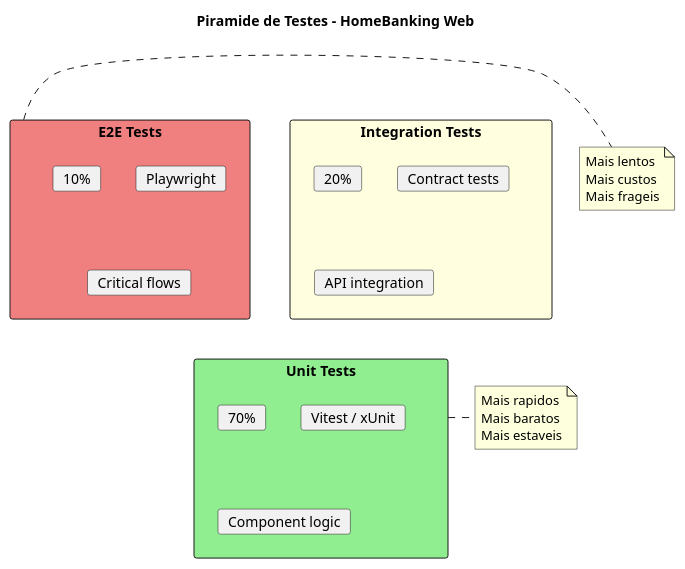
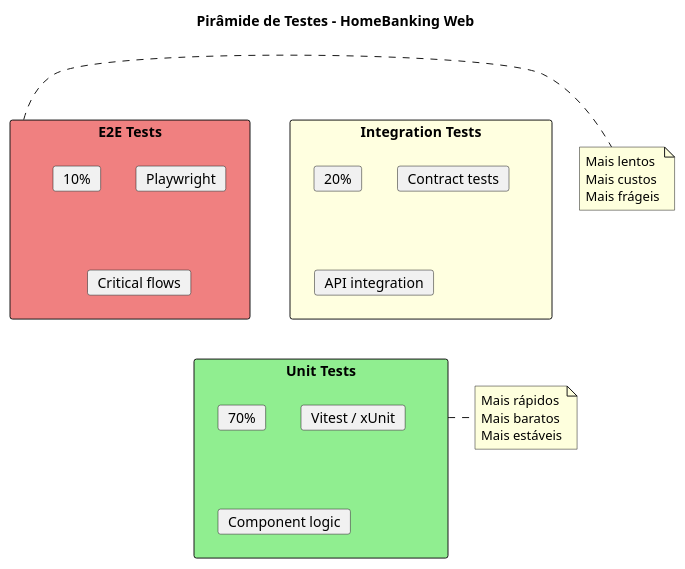
One commit to beduardo/novobanco_website_doc changed the first of 2 diagrams in current/sections/SEC-13-estrategia-testes.md. Above: the diagram before and after it, drawn with PlantUML. The commit also changed other lines of this file and 182 other files, not shown here.

````diff
--- a/current/sections/SEC-13-estrategia-testes.md
+++ b/current/sections/SEC-13-estrategia-testes.md
@@ -33,41 +33,41 @@
 ```plantuml
 @startuml
 skinparam backgroundColor white
 
-title Piramide de Testes - HomeBanking Web
+title Pirâmide de Testes - HomeBanking Web
 
 rectangle "E2E Tests" as e2e #lightcoral {
     card "10%"
     card "Playwright"
     card "Critical flows"
 }
 
 rectangle "Integration Tests" as int #lightyellow {
     card "20%"
     card "Contract tests"
     card "API integration"
 }
 
 rectangle "Unit Tests" as unit #lightgreen {
     card "70%"
     card "Vitest / xUnit"
     card "Component logic"
 }
 
 unit -[hidden]-> int
 int -[hidden]-> e2e
 
 note right of e2e
 Mais lentos
 Mais custos
-Mais frageis
+Mais frágeis
 end note
 
 note right of unit
-Mais rapidos
+Mais rápidos
 Mais baratos
-Mais estaveis
+Mais estáveis
 end note
 
 @enduml
 ```
````
